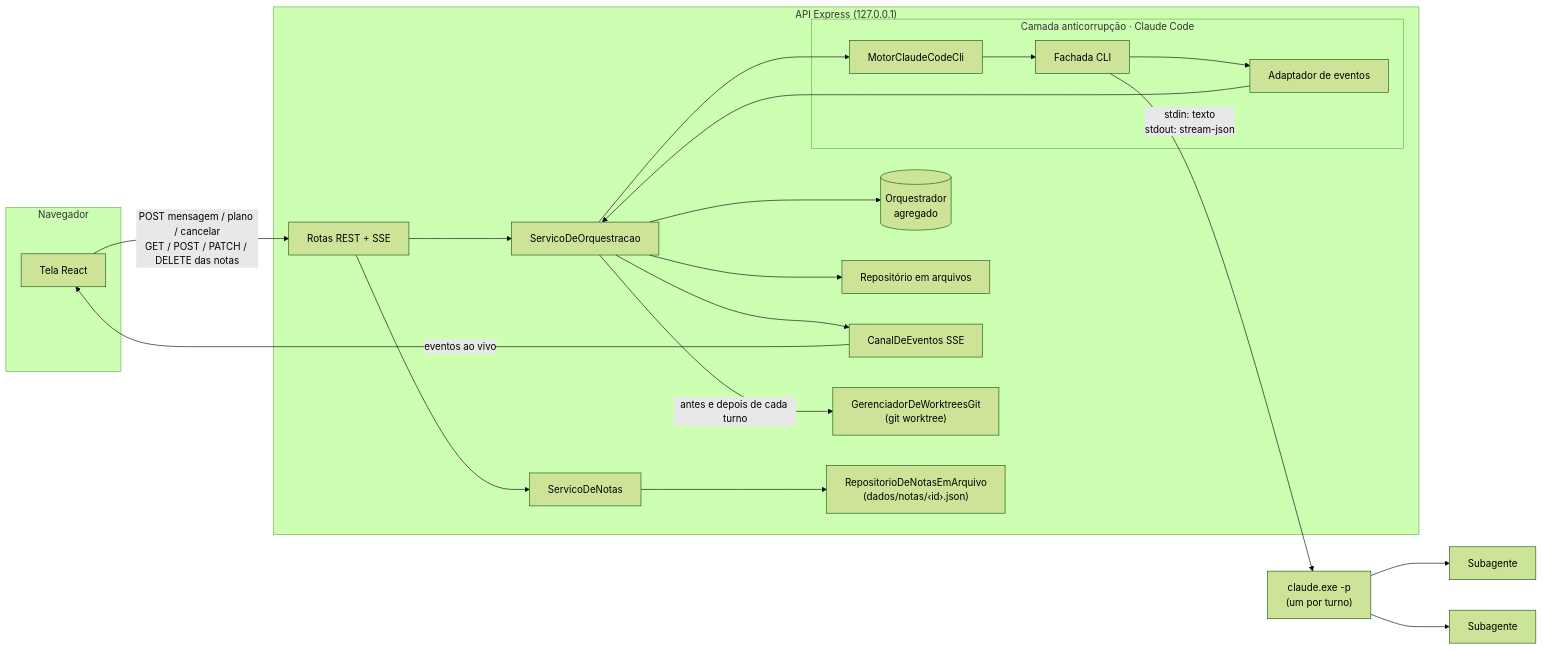
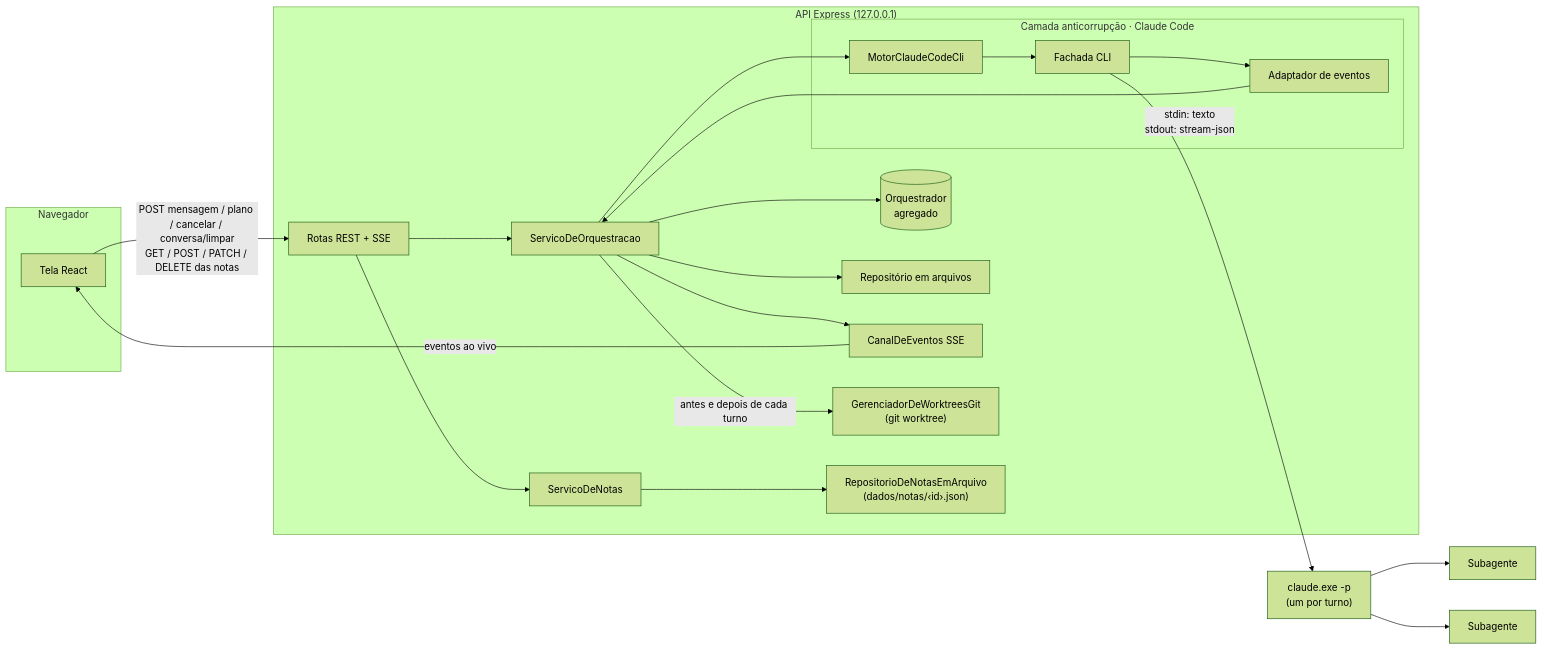
The first of 2 diagrams in README.md (Le3Dev/orquestrador-app), drawn with Mermaid (forest theme) before and after one commit. The commit also changed other lines of this file, not shown here.

First line of the commit message:
docs: README com /clear, delegação sob demanda, plano automático e reacomodação dos bixinhos

````diff
--- a/README.md
+++ b/README.md
@@ -103,36 +119,36 @@
 ```mermaid
 flowchart LR
   subgraph Navegador
     T[Tela React]
   end
   subgraph API["API Express (127.0.0.1)"]
     R[Rotas REST + SSE]
     S[ServicoDeOrquestracao]
     O[(Orquestrador<br/>agregado)]
     Rep[Repositório em arquivos]
     C[CanalDeEventos SSE]
     W["GerenciadorDeWorktreesGit<br/>(git worktree)"]
     SN[ServicoDeNotas]
     RN["RepositorioDeNotasEmArquivo<br/>(dados/notas/‹id›.json)"]
     subgraph ACL["Camada anticorrupção · Claude Code"]
       M[MotorClaudeCodeCli]
       A[Adaptador de eventos]
       F[Fachada CLI]
     end
   end
   CC["claude.exe -p<br/>(um por turno)"]
   SA1[Subagente]
   SA2[Subagente]
 
-  T -- POST mensagem / plano / cancelar<br/>GET / POST / PATCH / DELETE das notas --> R
+  T -- POST mensagem / plano / cancelar / conversa/limpar<br/>GET / POST / PATCH / DELETE das notas --> R
   C -- eventos ao vivo --> T
   R --> S --> O
   R --> SN --> RN
   S --> Rep
   S --> C
   S -- antes e depois de cada turno --> W
   S --> M --> F -- stdin: texto<br/>stdout: stream-json --> CC
   F --> A --> S
   CC --> SA1
   CC --> SA2
 ```
````
